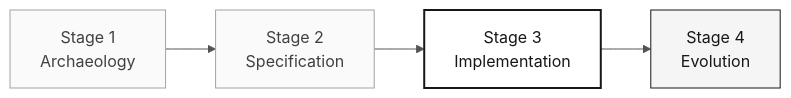
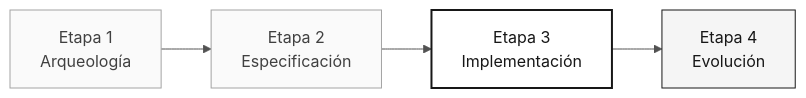
One commit to paulasilvatech/datacorp-sifap-team-kit-pt-br changed the diagram in 05-personas/06-developer/PERSONA.md. Above: the diagram before and after it, drawn with Mermaid. The commit also changed other lines of this file and 386 other files, not shown here.

````diff
--- a/05-personas/06-developer/PERSONA.md
+++ b/05-personas/06-developer/PERSONA.md
@@ -28,11 +28,11 @@
 ```mermaid
 %%{init: {'theme':'neutral','themeVariables':{'fontFamily':'ui-sans-serif, system-ui, sans-serif','primaryColor':'#F5F5F5','primaryTextColor':'#171717','primaryBorderColor':'#171717','lineColor':'#525252','secondaryColor':'#FFFFFF','tertiaryColor':'#FAFAFA','background':'#FFFFFF'}}}%%
 flowchart LR
     classDef step fill:#F5F5F5,stroke:#171717,color:#171717
     classDef active fill:#FFFFFF,stroke:#171717,color:#171717,stroke-width:2px
     classDef muted fill:#FAFAFA,stroke:#A3A3A3,color:#404040
 
-    S1["Stage 1<br/>Archaeology"]:::muted --> S2["Stage 2<br/>Specification"]:::muted
-    S2 --> S3["Stage 3<br/>Implementation"]:::active
-    S3 --> S4["Stage 4<br/>Evolution"]:::step
+    S1["Etapa 1<br/>Arqueología"]:::muted --> S2["Etapa 2<br/>Especificación"]:::muted
+    S2 --> S3["Etapa 3<br/>Implementación"]:::active
+    S3 --> S4["Etapa 4<br/>Evolución"]:::step
 ```
````
